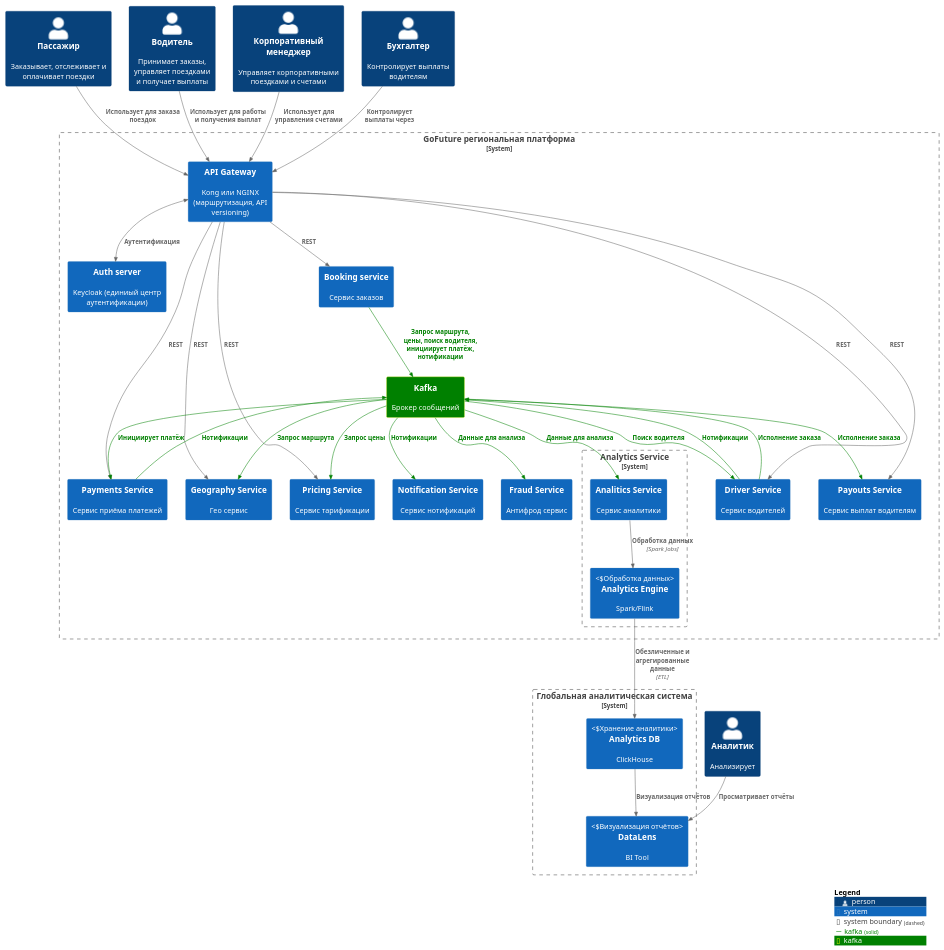
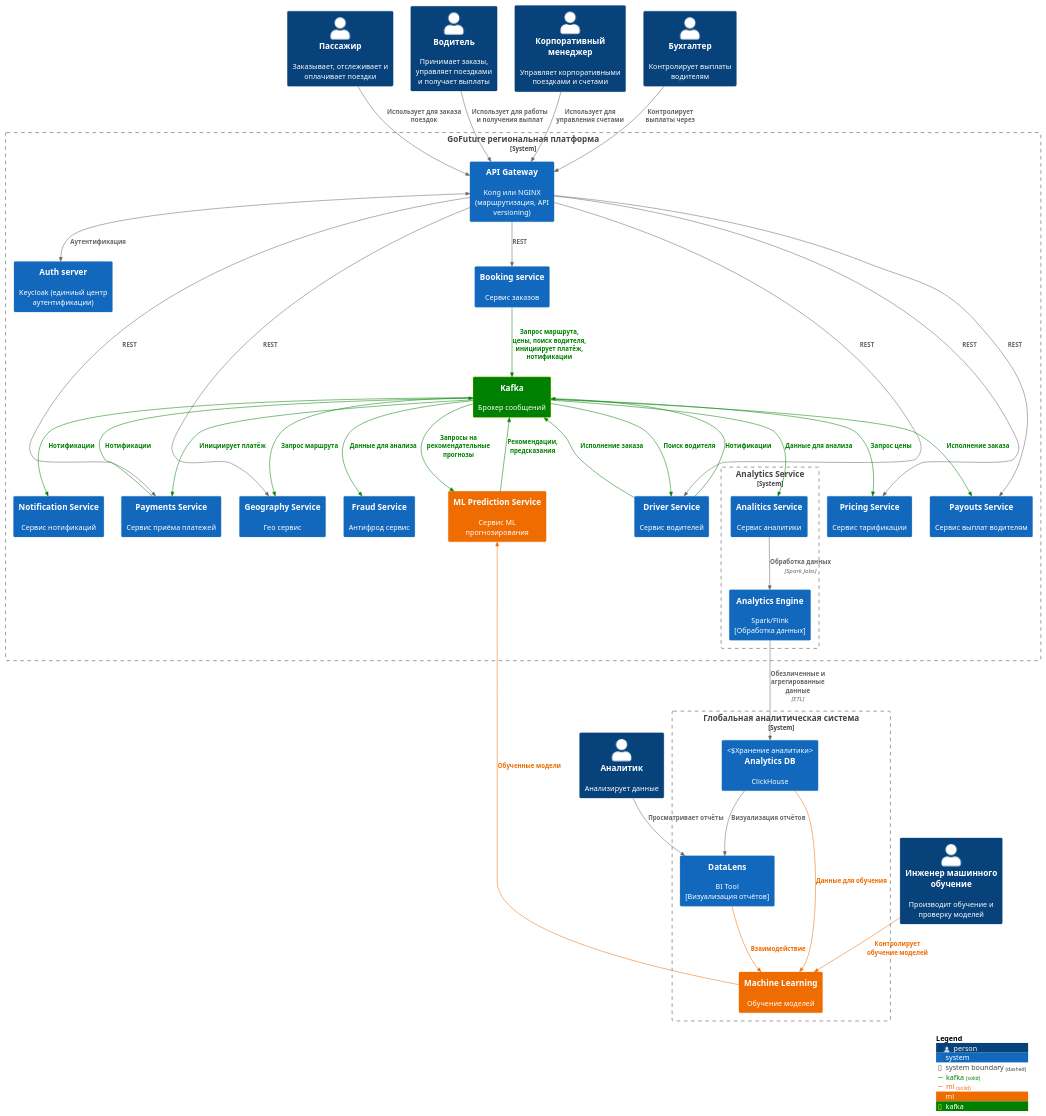
The diagram in Task4/diagrams/C1-analytics.puml (Babikoff/MSA-GoFuture), drawn with PlantUML before and after one commit. The commit also changed 2 other files, not shown here.

```diff
--- a/Task4/diagrams/C1-analytics.puml
+++ b/Task4/diagrams/C1-analytics.puml
@@ -1,80 +1,91 @@
 @startuml Context_Diagram_With_Payouts
 !include https://raw.githubusercontent.com/plantuml-stdlib/C4-PlantUML/master/C4_Context.puml
 
 AddRelTag("kafka", $lineColor="green",$textColor="green", $lineStyle=SolidLine())
-AddSystemTag("new", $bgColor="green", $fontColor="white", $borderColor="green")
+AddRelTag("ml", $lineColor="EF6C00",$textColor="EF6C00", $lineStyle=SolidLine())
+AddSystemTag("ml", $bgColor="#EF6C00", $fontColor="white", $borderColor="#EF6C00")
 AddSystemTag("kafka", $bgColor="green", $borderColor="yellow")
 
 Person(passenger, "Пассажир", "Заказывает, отслеживает и оплачивает поездки")
 Person(driver, "Водитель", "Принимает заказы, управляет поездками\nи получает выплаты") 
 Person(manager, "Корпоративный менеджер", "Управляет корпоративными поездками и счетами")
 Person(accountant, "Бухгалтер", "Контролирует выплаты водителям")
-Person(global_analysts, "Аналитик", "Анализирует")
+Person(global_analysts, "Аналитик", "Анализирует данные")
+Person(ml_enginer, "Инженер машинного обучение", "Производит обучение и проверку моделей")
 
 System_Boundary(booking_service_sys, "GoFuture региональная платформа") {
   System(api_gateway, "API Gateway", "Kong или NGINX (маршрутизация, API versioning)")
   System(auth_server, "Auth server", "Keycloak (единиый центр аутентификации)")
   System(booking_service, "Booking service", "Сервис заказов")
   System(notification_service, "Notification Service", "Сервис нотификаций")
   System(geo_service, "Geography Service", "Гео сервис")
   System(pricing_service, "Pricing Service", "Сервис тарификации")
   System(driver_service, "Driver Service", "Сервис водителей")
   System(payments_service, "Payments Service", "Сервис приёма платежей")
   System(payouts_service, "Payouts Service", "Сервис выплат водителям")
   System(fraud_service, "Fraud Service", "Антифрод сервис")
   System_Boundary(analitics_service_sys, "Analytics Service") {
     System(analitics_service, "Analitics Service", "Сервис аналитики")
-    System(analytics_engine, "Analytics Engine", "Spark/Flink", "Обработка данных")
+    System(analytics_engine, "Analytics Engine", "Spark/Flink\n[Обработка данных]")
   }  
   System(kafka, "Kafka", "Брокер сообщений", $tags="kafka")
+  System(ml_service, "ML Prediction Service", "Сервис ML прогнозирования", $tags="ml")
 }
 
-System_Boundary(global_analitics_service_sys, "Глобальная аналитическая система") {
+' Глобальная аналитика
+System_Boundary(global_analytics_service_sys, "Глобальная аналитическая система") {
   System(global_analytics_db, "Analytics DB", "ClickHouse", "Хранение аналитики")
-  System(global_datalens, "DataLens", "BI Tool", "Визуализация отчётов")
+  System(global_datalens, "DataLens", "BI Tool\n[Визуализация отчётов]")
+  System(global_ml, "Machine Learning", "Обучение моделей", $tags="ml")
 }
 
 ' Аналитика
 Rel(analitics_service, analytics_engine, "Обработка данных", "Spark Jobs")
 Rel(analytics_engine, global_analytics_db, "Обезличенные и агрегированные данные", "ETL")
 Rel(global_analytics_db, global_datalens, "Визуализация отчётов")
 Rel(global_analysts, global_datalens, "Просматривает отчёты")
 
 ' API Gateway
 Rel(passenger, api_gateway, "Использует для заказа поездок")
 Rel(driver, api_gateway, "Использует для работы и получения выплат")
 Rel(manager, api_gateway, "Использует для управления счетами")
 Rel(accountant, api_gateway, "Контролирует выплаты через")
 
 BiRel(api_gateway, auth_server, "Аутентификация")
 
 Rel(api_gateway, booking_service, "REST")
 Rel(api_gateway, geo_service, "REST")
 Rel(api_gateway, pricing_service, "REST")
 Rel(api_gateway, driver_service, "REST")
 Rel(api_gateway, payments_service, "REST")
 Rel(api_gateway, payouts_service, "REST")
 
 ' Нотификации
 Rel(driver_service, kafka, "Нотификации", $tags="kafka")
 Rel(payments_service, kafka, "Нотификации", $tags="kafka")
 Rel(kafka, notification_service, "Нотификации", $tags="kafka")
 
 ' Оркестрация
 Rel(booking_service, kafka, "Запрос маршрута, цены, поиск водителя, инициирует платёж, нотификации", $tags="kafka")
 Rel(kafka, geo_service, "Запрос маршрута", $tags="kafka")
 Rel(kafka, pricing_service, "Запрос цены", $tags="kafka")
 Rel(kafka, payments_service, "Инициирует платёж", $tags="kafka")
 Rel(kafka, driver_service, "Поиск водителя", $tags="kafka")
 Rel(driver_service, kafka, "Исполнение заказа", $tags="kafka")
 Rel(kafka, payouts_service, "Исполнение заказа", $tags="kafka")
 
 ' Перехват данных из шины данных
 Rel(kafka, fraud_service, "Данные для анализа", $tags="kafka")
 Rel(kafka, analitics_service, "Данные для анализа", $tags="kafka")
 
-' Внешние взаимодействия
+' ML
+Rel(kafka, ml_service, "Запросы на рекомендательные прогнозы", $tags="kafka") 
+Rel(ml_service, kafka, "Рекомендации, предсказания", $tags="kafka") 
+Rel(global_analytics_db, global_ml, "Данные для обучения", $tags="ml")
+Rel(global_ml, ml_service, "Обученные модели", $tags="ml")
+Rel(ml_enginer, global_ml, "Контролирует обучение моделей", $tags="ml")
+Rel(global_datalens, global_ml, "Взаимодействие", $tags="ml")
 
 SHOW_LEGEND()
 
 @enduml
```
